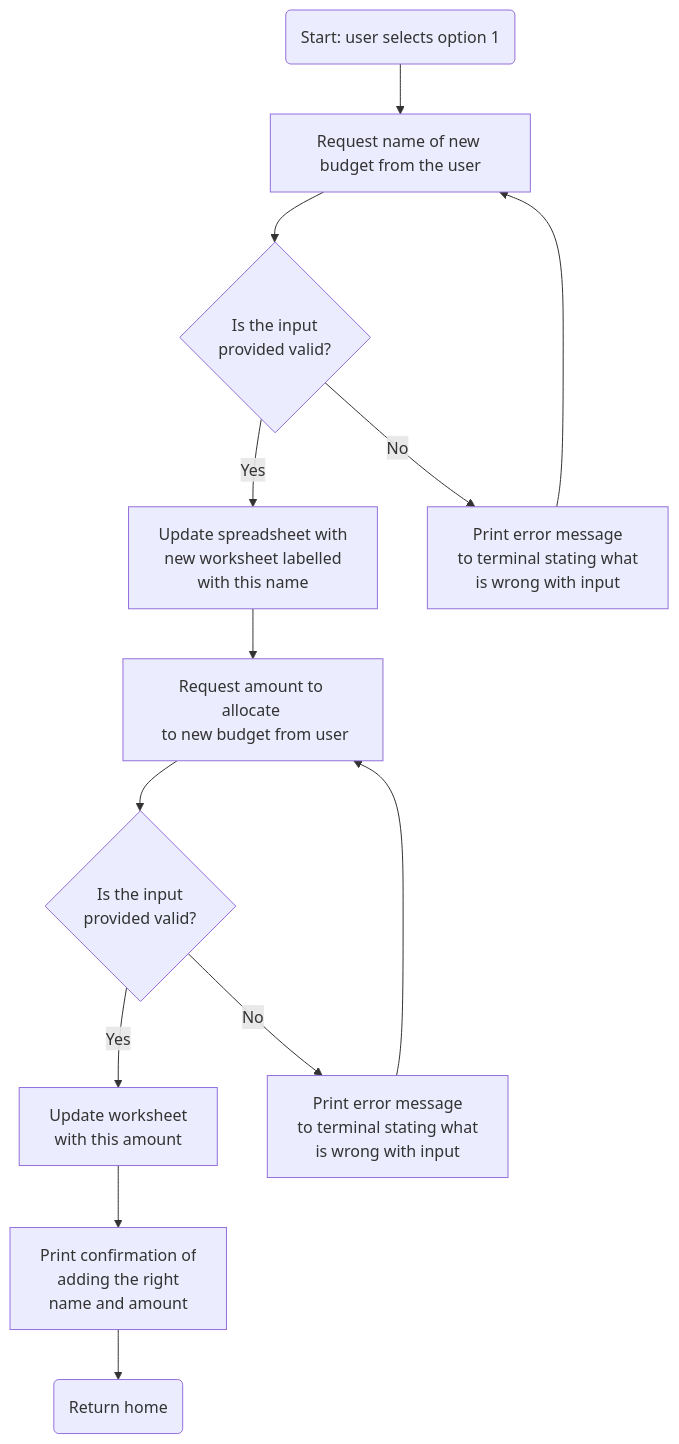
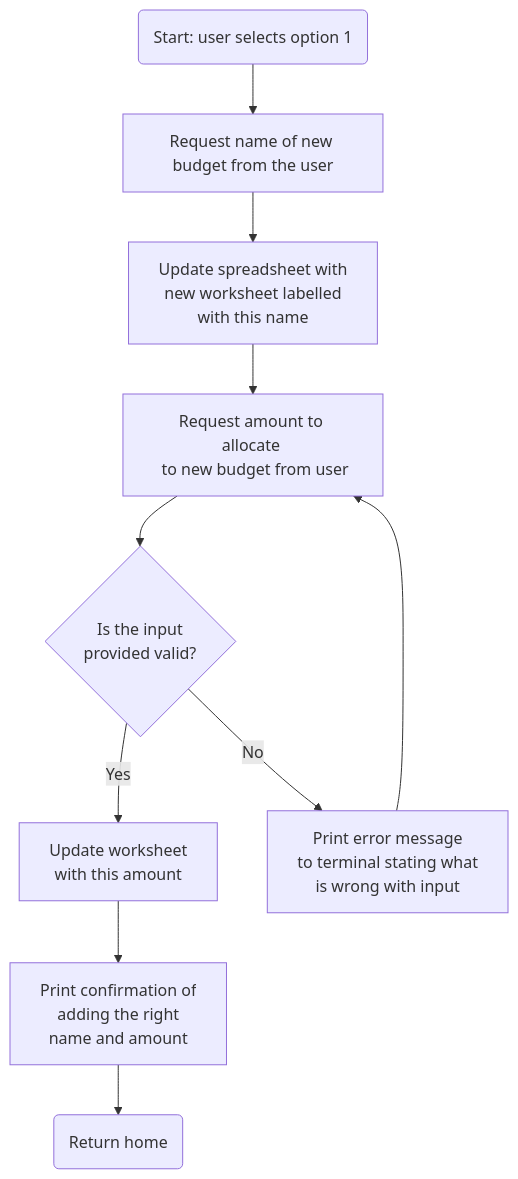
Before and after one commit to EvitaKnits/Cashflow-Companion: the second of 8 diagrams in README.md, drawn with Mermaid. The commit also changed other lines of this file, not shown here.

Commit message:
Update flowcharts in readme from bm bug one changes

````diff
--- a/README.md
+++ b/README.md
@@ -142,15 +143,12 @@
 ``` mermaid
 flowchart TD
     A(Start: user selects option 1) --> B[Request name of new budget from the user]
-    B --> C{Is the input \n provided valid?}
-    C -->|Yes| E[Update spreadsheet with \n new worksheet labelled \n with this name]
-    C -->|No| D[Print error message \n to terminal stating what \n is wrong with input]
-    D -->B
-    E -->F[Request amount to allocate \n to new budget from user]
-    F --> G{Is the input \n provided valid?}
-    G -->|Yes| I[Update worksheet \n with this amount]
-    G -->|No| H[Print error message \n to terminal stating what \n is wrong with input]
-    H -->F
-    I --> J[Print confirmation of \n adding the right \n name and amount]
-    J --> K(Return home)
+    B --> C[Update spreadsheet with \n new worksheet labelled \n with this name]
+    C --> D[Request amount to allocate \n to new budget from user]
+    D --> F{Is the input \n provided valid?}
+    F -->|Yes| G[Update worksheet \n with this amount]
+    F -->|No| H[Print error message \n to terminal stating what \n is wrong with input]
+    H -->D
+    G --> I[Print confirmation of \n adding the right \n name and amount]
+    I --> J(Return home)
 ```
````
